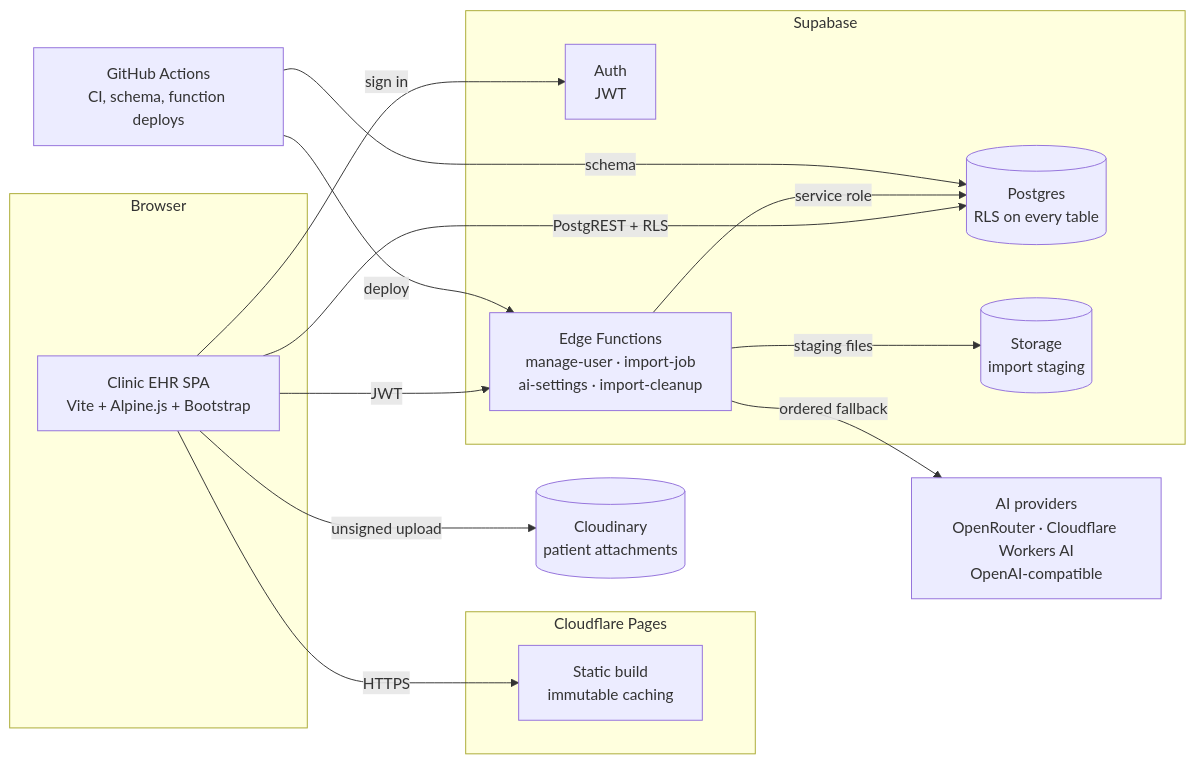
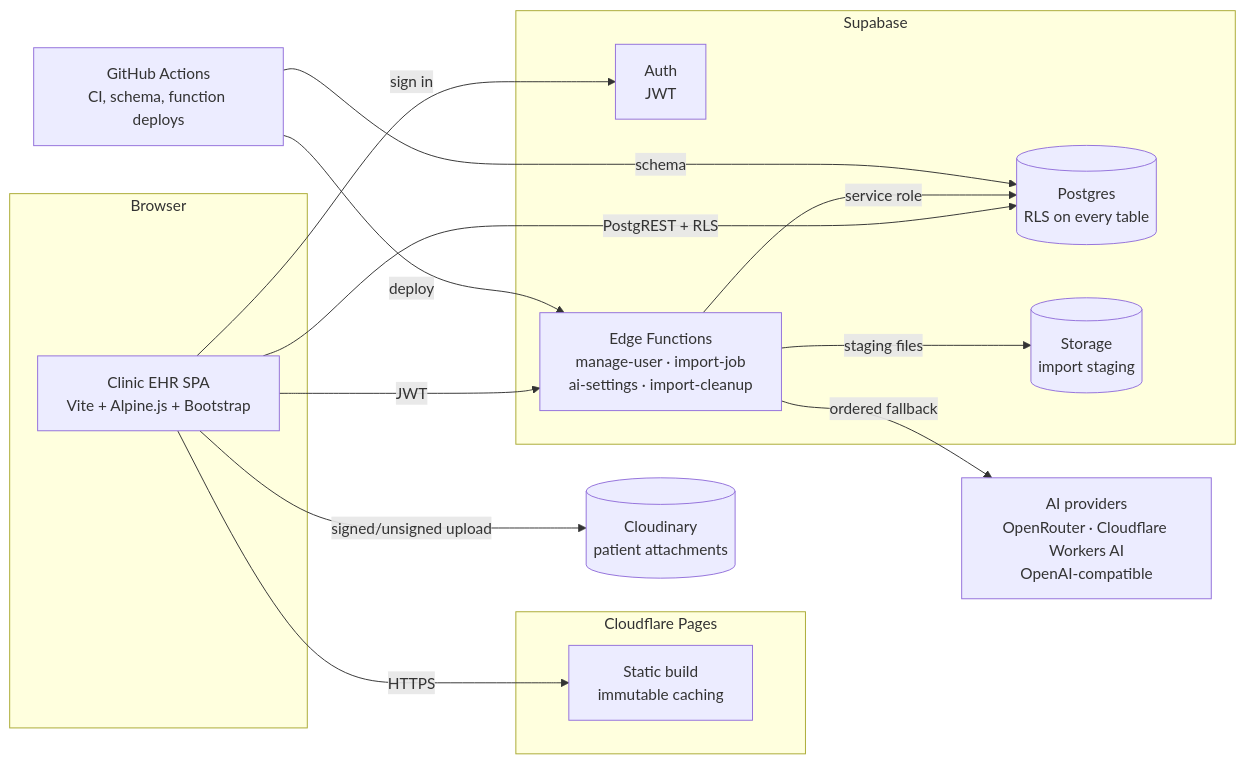
Before and after one commit to YossefKhalil/Clinic-EHR-System: the diagram in README.md, drawn with Mermaid. The commit also changed other lines of this file and 27 other files, not shown here.

````diff
--- a/README.md
+++ b/README.md
@@ -153,32 +153,32 @@
 ```mermaid
 flowchart LR
     subgraph Browser["Browser"]
         SPA["Clinic EHR SPA<br/>Vite + Alpine.js + Bootstrap"]
     end
 
     subgraph Cloudflare["Cloudflare Pages"]
         CDN["Static build<br/>immutable caching"]
     end
 
     subgraph Supabase["Supabase"]
         Auth["Auth<br/>JWT"]
         DB[("Postgres<br/>RLS on every table")]
         Storage[("Storage<br/>import staging")]
         Functions["Edge Functions<br/>manage-user · import-job<br/>ai-settings · import-cleanup"]
     end
 
     Cloudinary[("Cloudinary<br/>patient attachments")]
     Providers["AI providers<br/>OpenRouter · Cloudflare Workers AI<br/>OpenAI-compatible"]
     Actions["GitHub Actions<br/>CI, schema, function deploys"]
 
     SPA -->|HTTPS| CDN
     SPA -->|sign in| Auth
     SPA -->|PostgREST + RLS| DB
-    SPA -->|unsigned upload| Cloudinary
+    SPA -->|signed/unsigned upload| Cloudinary
     SPA -->|JWT| Functions
     Functions -->|service role| DB
     Functions -->|staging files| Storage
     Functions -->|ordered fallback| Providers
     Actions -->|schema| DB
     Actions -->|deploy| Functions
 ```
````
